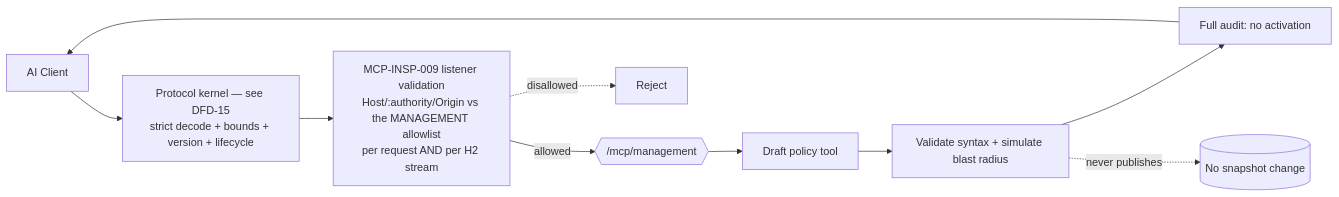
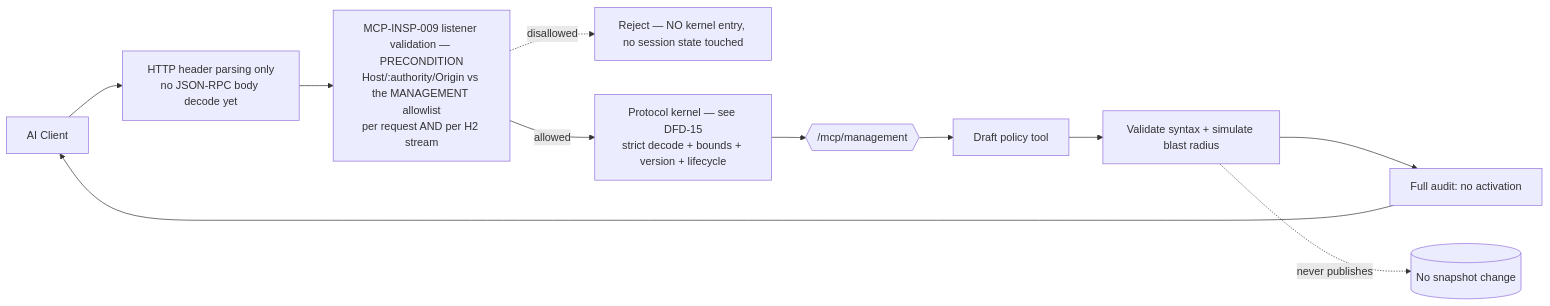
One commit to KidCarmi/Culvert changed the second of 15 diagrams in docs/design/mcp/DATA-FLOW-DIAGRAMS.md. Above: the diagram before and after it, drawn with Mermaid. The commit also changed other lines of this file and 4 other files, not shown here.

````diff
--- a/docs/design/mcp/DATA-FLOW-DIAGRAMS.md
+++ b/docs/design/mcp/DATA-FLOW-DIAGRAMS.md
@@ -42,12 +43,13 @@
 ```mermaid
 flowchart LR
-  AC[AI Client] --> K15["Protocol kernel — see DFD-15<br/>strict decode + bounds + version + lifecycle"]
-  K15 --> HV2["MCP-INSP-009 listener validation<br/>Host/:authority/Origin vs the MANAGEMENT allowlist<br/>per request AND per H2 stream"]
-  HV2 -->|allowed| L1{{/mcp/management}}
-  HV2 -.disallowed.-> HVX2[Reject]
+  AC[AI Client] --> HDR2["HTTP header parsing only<br/>no JSON-RPC body decode yet"]
+  HDR2 --> HV2["MCP-INSP-009 listener validation — PRECONDITION<br/>Host/:authority/Origin vs the MANAGEMENT allowlist<br/>per request AND per H2 stream"]
+  HV2 -.disallowed.-> HVX2["Reject — NO kernel entry, no session state touched"]
+  HV2 -->|allowed| K15["Protocol kernel — see DFD-15<br/>strict decode + bounds + version + lifecycle"]
+  K15 --> L1{{/mcp/management}}
   L1 --> DR[Draft policy tool]
   DR --> VAL[Validate syntax + simulate blast radius]
   VAL --> AUD[Full audit: no activation]
   AUD --> AC
   VAL -. never publishes .-> X[(No snapshot change)]
 ```
````
